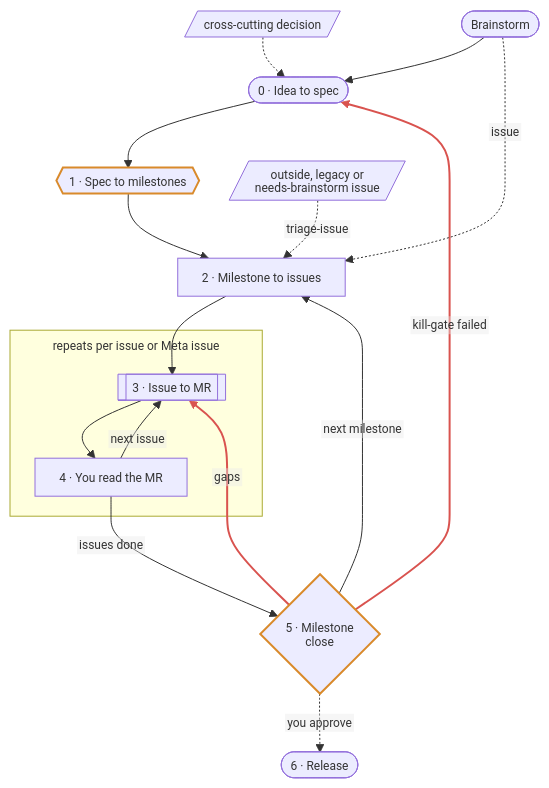
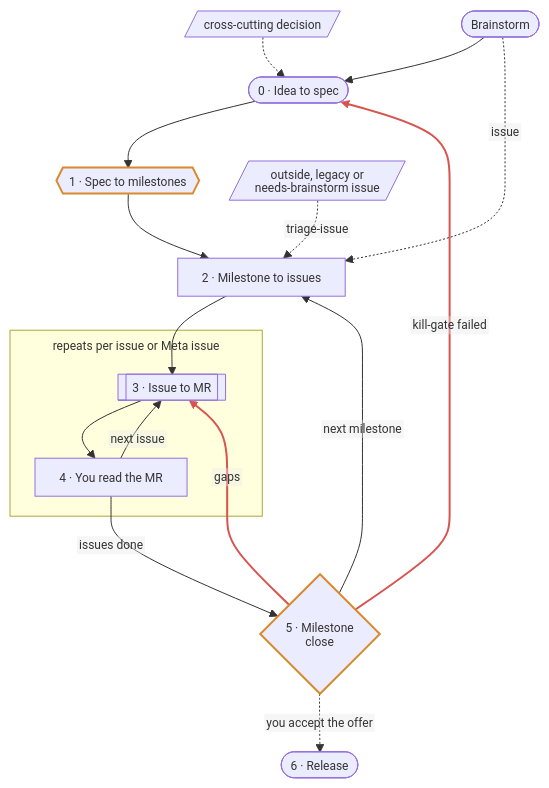
The diagram in skills/ask-team/WORKFLOW.md (nshopik/dream-team), drawn with Mermaid before and after one commit. The commit also changed other lines of this file and 10 other files, not shown here.

First line of the commit message:
milestone-close: offer the release, leave it to ship-it

````diff
--- a/skills/ask-team/WORKFLOW.md
+++ b/skills/ask-team/WORKFLOW.md
@@ -3,23 +3,23 @@
 ```mermaid
 %%{init: {"htmlLabels": false, "themeVariables": {"fontSize": "12px"}, "flowchart": {"htmlLabels": false, "curve": "basis", "nodeSpacing": 30, "rankSpacing": 40, "diagramPadding": 8, "padding": 12, "subGraphTitleMargin": {"top": 8, "bottom": 16}}}}%%
 flowchart TD
   xcut[/cross-cutting decision/] -.-> S0
   S0(["0 · Idea to spec"]) --> S1{{"1 · Spec to milestones"}}
   S1 --> S2["2 · Milestone to issues"]
   bug[/outside, legacy or<br/>needs-brainstorm issue/] -.->|triage-issue| S2
   S2 --> S3
   subgraph loop ["repeats per issue or Meta issue"]
     S3[["3 · Issue to MR"]] --> S4["4 · You read the MR"]
     S4 -->|next issue| S3
   end
   S4 -->|issues done| S5{"5 · Milestone<br/>close"}
   S5 -->|next milestone| S2
   S5 -->|gaps| S3
   S5 -->|kill-gate failed| S0
-  S5 -.->|you approve| S6(["6 · Release"])
+  S5 -.->|you accept the offer| S6(["6 · Release"])
   SI(["Brainstorm"]) --> S0
   SI -.->|issue| S2
   classDef gate stroke:#d98a2b,stroke-width:2px
   class S1,S5 gate
   linkStyle 9,10 stroke:#d9534f,stroke-width:2px
 ```
````
